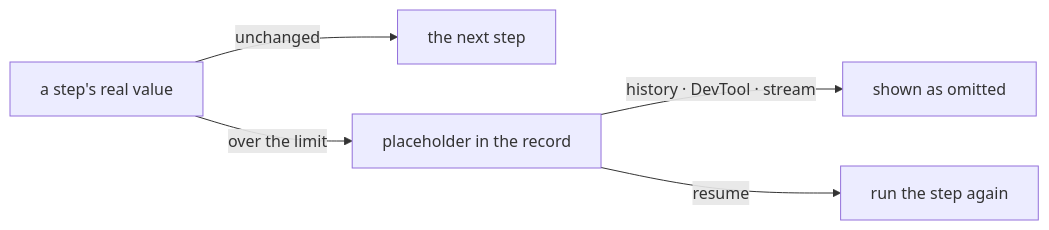
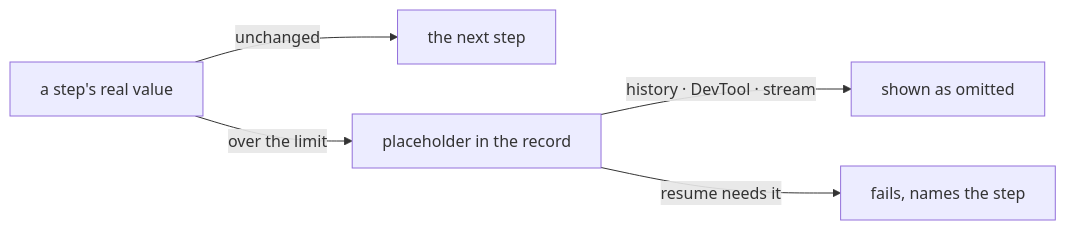
Before and after one commit to fixpoint-labs/flow-state-dev: the diagram in specs/issues/FIX-1772/BUSINESS-RULES.md, drawn with Mermaid. The commit also changed other lines of this file and 11 other files, not shown here.

````diff
--- a/specs/issues/FIX-1772/BUSINESS-RULES.md
+++ b/specs/issues/FIX-1772/BUSINESS-RULES.md
@@ -45,7 +48,7 @@
 ```mermaid
 flowchart LR
   S["a step's real value"] -->|"unchanged"| N["the next step"]
   S -->|"over the limit"| P["placeholder in the record"]
   P -->|"history · DevTool · stream"| V["shown as omitted"]
-  P -->|"resume"| A["run the step again"]
+  P -->|"resume needs it"| F["fails, names the step"]
 ```
````
